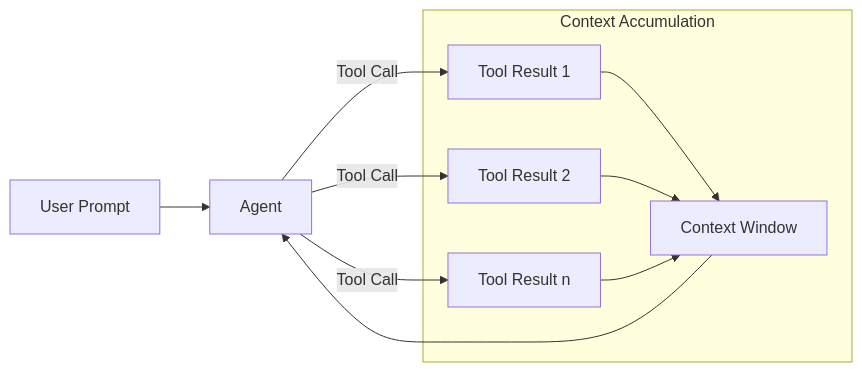
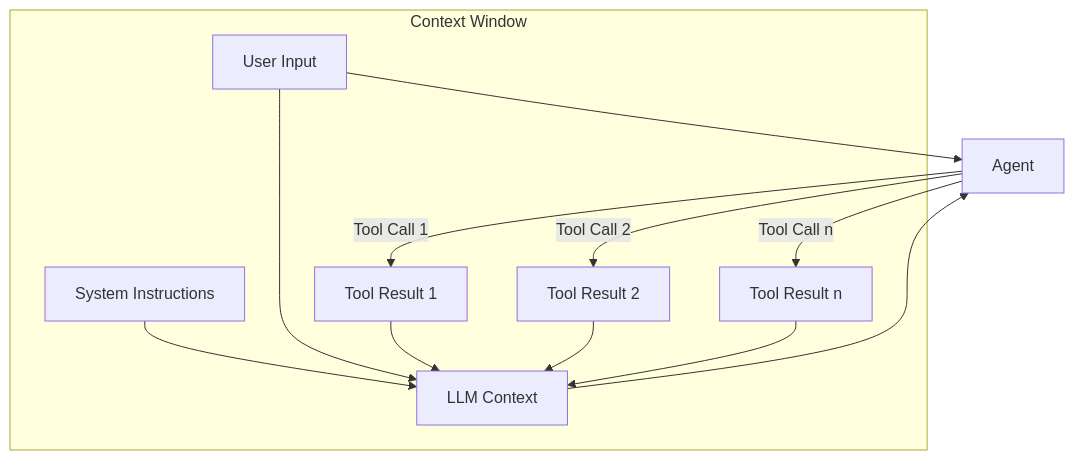
One commit to pankajrajdeo/Courses changed the first of 5 diagrams in Context Engineering/Latent_Space_Pod.md. Above: the diagram before and after it, drawn with Mermaid. The commit also changed other lines of this file, not shown here.

````diff
--- a/Context Engineering/Latent_Space_Pod.md
+++ b/Context Engineering/Latent_Space_Pod.md
@@ -41,13 +55,15 @@
 ```mermaid
-flowchart LR
-    U[User Prompt] --> A[Agent]
-    A -->|Tool Call| T1[Tool Result 1]
-    A -->|Tool Call| T2[Tool Result 2]
-    A -->|Tool Call| Tn[Tool Result n]
-    subgraph Context Accumulation
-        T1 --> C[Context Window]
+flowchart TB
+    U[User Input] --> AG[Agent]
+    AG -->|Tool Call 1| T1[Tool Result 1]
+    AG -->|Tool Call 2| T2[Tool Result 2]
+    AG -->|Tool Call n| Tn[Tool Result n]
+    subgraph Context Window
+        Sys[System Instructions] --> C[LLM Context]
+        U --> C
+        T1 --> C
         T2 --> C
         Tn --> C
     end
-    C --> A
+    C --> AG
 ```
````
